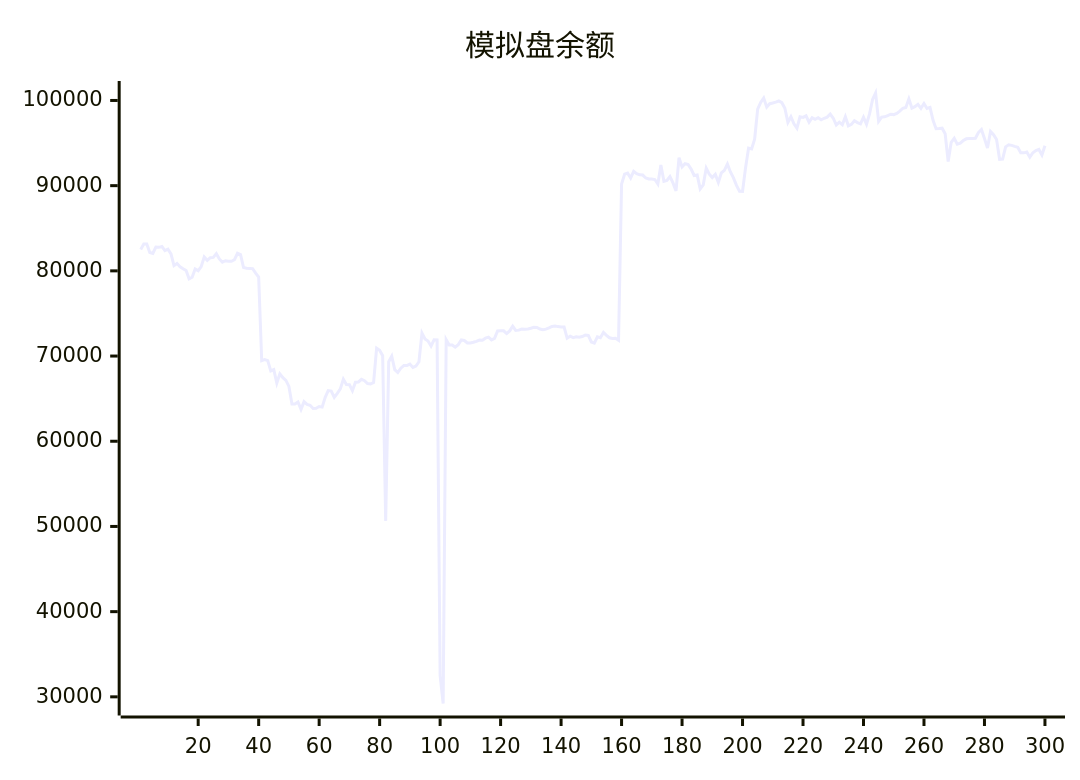
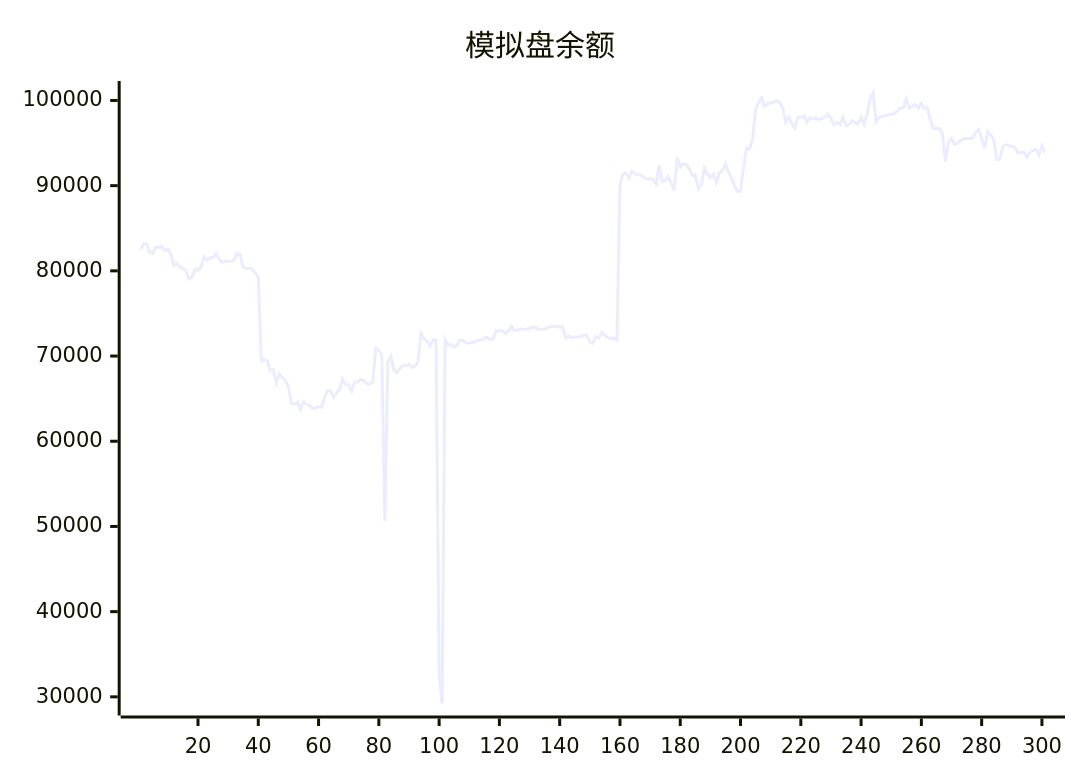
The diagram in README.md (aahl/ai-trading), drawn with Mermaid before and after one commit. The commit also changed other lines of this file and 1 other file, not shown here.

````diff
--- a/README.md
+++ b/README.md
@@ -5,5 +5,5 @@
 ```mermaid
 xychart
     title "模拟盘余额"
-    line [82499,83144,83145,82150,82038,82797,82763,82872,82367,82536,81981,80612,80862,80484,80242,80034,79063,79245,80227,80016,80507,81625,81233,81544,81578,82016,81401,81019,81186,81130,81118,81306,82066,81909,80392,80304,80291,80258,79729,79261,69466,69579,69456,68251,68415,66832,67911,67462,67144,66432,64380,64375,64606,63741,64647,64324,64216,63842,63877,64079,64008,65156,65945,65888,65157,65625,66144,67284,66653,66639,65924,66925,66956,67263,67108,66766,66729,66886,70927,70673,70049,50652,69334,69973,68400,68061,68578,68877,68879,69055,68662,68822,69329,72687,71999,71760,71163,71911,71896,32500,29218,71927,71297,71305,71044,71337,71883,71822,71536,71536,71622,71723,71880,71860,72100,72216,71887,72077,72940,72976,72966,72638,72948,73497,73004,73041,73173,73160,73187,73258,73375,73351,73173,73098,73161,73305,73474,73536,73457,73413,73412,72100,72333,72164,72272,72204,72285,72461,72421,71652,71521,72267,72157,72774,72425,72144,72060,72091,71858,90185,91338,91466,90900,91678,91404,91268,91244,90903,90779,90787,90721,90187,92429,90518,90619,91070,90328,89376,93286,92202,92581,92485,91947,91196,91259,89619,90086,92063,91355,90950,91327,90373,91498,91800,92531,91603,90910,90031,89351,89334,92097,94406,94315,95455,98972,99763,100286,99229,99622,99701,99805,99938,99738,99082,97430,98094,97267,96741,98081,98013,98194,97447,97983,97789,97969,97729,97911,98043,98405,97912,97120,97448,97154,98095,97021,97191,97616,97402,97263,98035,97210,98424,100121,100876,97552,98049,98085,98228,98388,98342,98488,98750,99086,99181,100188,99107,99272,99553,99072,99636,99061,99186,97674,96679,96704,96743,96096,92830,95088,95560,94866,94995,95295,95497,95531,95527,95559,96236,96597,95538,94422,96363,95972,95418,93095,93128,94558,94795,94727,94611,94508,93857,93852,93955,93340,93862,94112,94249,93603,94682]
+    line [82499,83144,83145,82150,82038,82797,82763,82872,82367,82536,81981,80612,80862,80484,80242,80034,79063,79245,80227,80016,80507,81625,81233,81544,81578,82016,81401,81019,81186,81130,81118,81306,82066,81909,80392,80304,80291,80258,79729,79261,69466,69579,69456,68251,68415,66832,67911,67462,67144,66432,64380,64375,64606,63741,64647,64324,64216,63842,63877,64079,64008,65156,65945,65888,65157,65625,66144,67284,66653,66639,65924,66925,66956,67263,67108,66766,66729,66886,70927,70673,70049,50652,69334,69973,68400,68061,68578,68877,68879,69055,68662,68822,69329,72687,71999,71760,71163,71911,71896,32500,29218,71927,71297,71305,71044,71337,71883,71822,71536,71536,71622,71723,71880,71860,72100,72216,71887,72077,72940,72976,72966,72638,72948,73497,73004,73041,73173,73160,73187,73258,73375,73351,73173,73098,73161,73305,73474,73536,73457,73413,73412,72100,72333,72164,72272,72204,72285,72461,72421,71652,71521,72267,72157,72774,72425,72144,72060,72091,71858,90185,91338,91466,90900,91678,91404,91268,91244,90903,90779,90787,90721,90187,92429,90518,90619,91070,90328,89376,93286,92202,92581,92485,91947,91196,91259,89619,90086,92063,91355,90950,91327,90373,91498,91800,92531,91603,90910,90031,89351,89334,92097,94406,94315,95455,98972,99763,100286,99229,99622,99701,99805,99938,99738,99082,97430,98094,97267,96741,98081,98013,98194,97447,97983,97789,97969,97729,97911,98043,98405,97912,97120,97448,97154,98095,97021,97191,97616,97402,97263,98035,97210,98424,100121,100876,97552,98049,98085,98228,98388,98342,98488,98750,99086,99181,100188,99107,99272,99553,99072,99636,99061,99186,97674,96679,96704,96743,96096,92830,95088,95560,94866,94995,95295,95497,95531,95527,95559,96236,96597,95538,94422,96363,95972,95418,93095,93128,94558,94795,94727,94611,94508,93857,93852,93955,93340,93862,94112,94249,93603,94682,93898]
 ```
````
